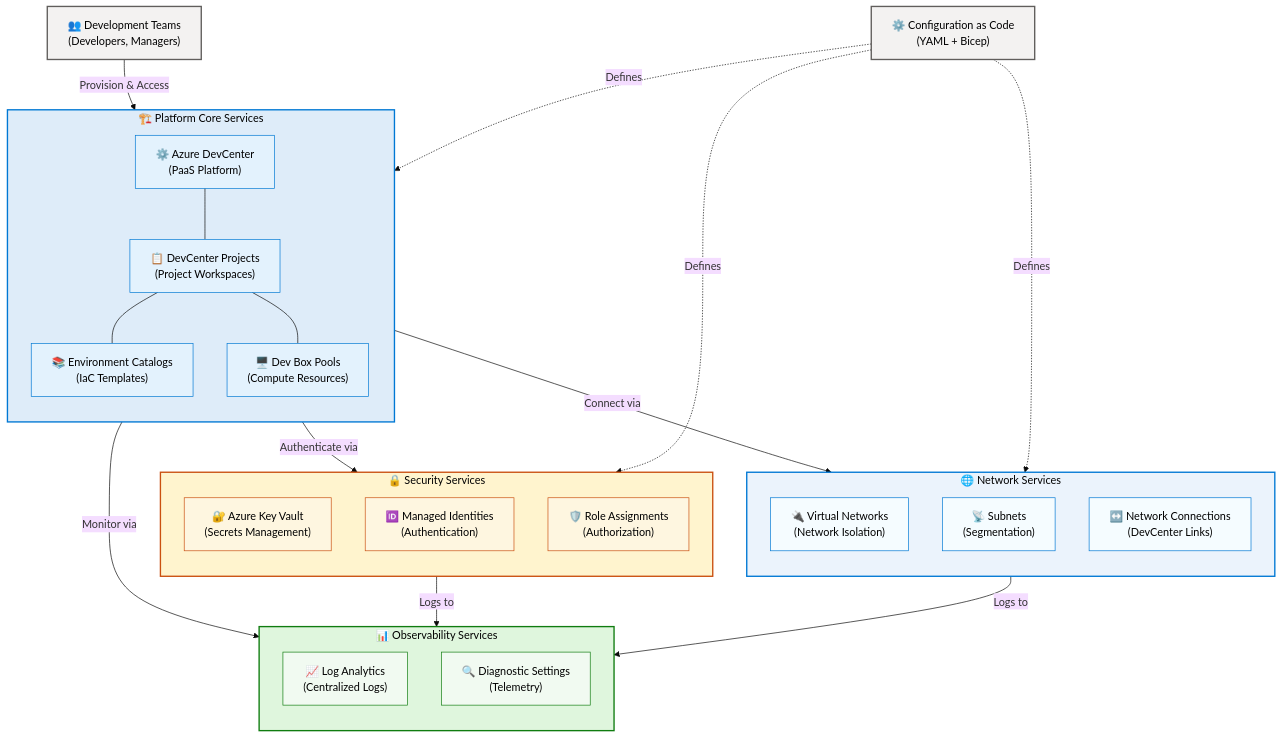
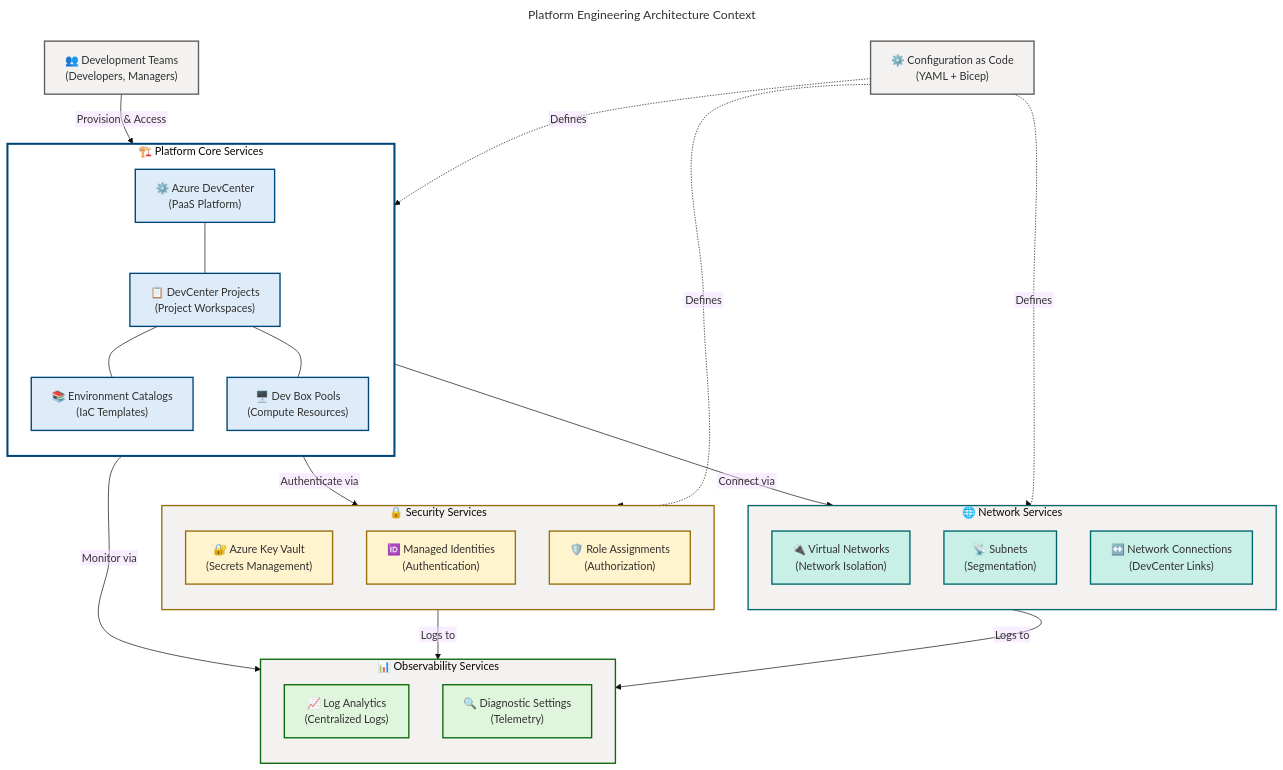
One commit to Evilazaro/DevExp-DevBox changed the first of 4 diagrams in docs/architecture/Platform-Engineering-BDAT.md. Above: the diagram before and after it, drawn with Mermaid. The commit also changed other lines of this file, not shown here.

Commit message:
feat: enhance accessibility and styling of Platform Engineering architecture diagrams for compliance

````diff
--- a/docs/architecture/Platform-Engineering-BDAT.md
+++ b/docs/architecture/Platform-Engineering-BDAT.md
@@ -86,46 +86,66 @@
 ```mermaid
-%%{init: {'theme':'base'}}%%
+---
+title: Platform Engineering Architecture Context
+config:
+  theme: base
+  themeVariables:
+    fontSize: '16px'
+  flowchart:
+    htmlLabels: false
+    curve: cardinal
+    nodeSpacing: 50
+    rankSpacing: 50
+---
 flowchart TB
     accTitle: Platform Engineering Architecture Context
-    accDescr: High-level view of Platform Engineering layer showing core services, security, networking, and monitoring components organized by Azure Landing Zone principles
+    accDescr: High-level view of Platform Engineering layer showing core services, security, networking, and monitoring components organized by Azure Landing Zone principles. WCAG AA compliant.
 
-    %% Developer Interaction Layer
-    DevTeam["👥 Development Teams<br/>(Developers, Managers)"]
+    %% ═══════════════════════════════════════════════════════════════════════════
+    %% AZURE / FLUENT ARCHITECTURE PATTERN v1.1
+    %% (Semantic + Structural + Font + Accessibility Governance)
+    %% ═══════════════════════════════════════════════════════════════════════════
+    %% PHASE 1 - STRUCTURAL: TB direction explicit, 4 subgraphs by function
+    %% PHASE 2 - SEMANTIC: 4 semantic colors with platform layer justification:
+    %%   azureBlue (#DEECF9) = core platform services
+    %%   sharedYellow (#FFF4CE) = security services
+    %%   presenceTeal (#C8F0E7) = network services
+    %%   successGreen (#DFF6DD) = monitoring/observability
+    %% PHASE 3 - FONT: Dark text #323130 on light backgrounds (WCAG AA 4.5:1 contrast)
+    %% PHASE 4 - ACCESSIBILITY: accTitle/accDescr present, all nodes have emoji icons
+    %% PHASE 5 - STANDARD: 4 functional subgraphs with semantic colors
+    %% ═══════════════════════════════════════════════════════════════════════════
 
-    %% Core Platform Services
+    DevTeam["👥 Development Teams<br/>(Developers, Managers)"]:::neutralGrey
+
     subgraph PlatformCore["🏗️ Platform Core Services"]
         direction TB
-        DevCenter["⚙️ Azure DevCenter<br/>(PaaS Platform)"]
-        Projects["📋 DevCenter Projects<br/>(Project Workspaces)"]
-        Catalogs["📚 Environment Catalogs<br/>(IaC Templates)"]
-        Pools["🖥️ Dev Box Pools<br/>(Compute Resources)"]
+        DevCenter["⚙️ Azure DevCenter<br/>(PaaS Platform)"]:::azureBlue
+        Projects["📋 DevCenter Projects<br/>(Project Workspaces)"]:::azureBlue
+        Catalogs["📚 Environment Catalogs<br/>(IaC Templates)"]:::azureBlue
+        Pools["🖥️ Dev Box Pools<br/>(Compute Resources)"]:::azureBlue
     end
 
-    %% Security Layer
     subgraph SecurityLayer["🔒 Security Services"]
         direction TB
-        KeyVault["🔐 Azure Key Vault<br/>(Secrets Management)"]
-        ManagedIdentity["🆔 Managed Identities<br/>(Authentication)"]
-        RBAC["🛡️ Role Assignments<br/>(Authorization)"]
+        KeyVault["🔐 Azure Key Vault<br/>(Secrets Management)"]:::sharedYellow
+        ManagedIdentity["🆔 Managed Identities<br/>(Authentication)"]:::sharedYellow
+        RBAC["🛡️ Role Assignments<br/>(Authorization)"]:::sharedYellow
     end
 
-    %% Networking Layer
     subgraph NetworkLayer["🌐 Network Services"]
         direction TB
-        VNet["🔌 Virtual Networks<br/>(Network Isolation)"]
-        Subnets["📡 Subnets<br/>(Segmentation)"]
-        NetConnection["↔️ Network Connections<br/>(DevCenter Links)"]
+        VNet["🔌 Virtual Networks<br/>(Network Isolation)"]:::presenceTeal
+        Subnets["📡 Subnets<br/>(Segmentation)"]:::presenceTeal
+        NetConnection["↔️ Network Connections<br/>(DevCenter Links)"]:::presenceTeal
     end
 
-    %% Monitoring Layer
     subgraph MonitoringLayer["📊 Observability Services"]
         direction TB
-        LogAnalytics["📈 Log Analytics<br/>(Centralized Logs)"]
-        Diagnostics["🔍 Diagnostic Settings<br/>(Telemetry)"]
+        LogAnalytics["📈 Log Analytics<br/>(Centralized Logs)"]:::successGreen
+        Diagnostics["🔍 Diagnostic Settings<br/>(Telemetry)"]:::successGreen
     end
 
-    %% Configuration Management
-    ConfigMgmt["⚙️ Configuration as Code<br/>(YAML + Bicep)"]
+    ConfigMgmt["⚙️ Configuration as Code<br/>(YAML + Bicep)"]:::neutralGrey
 
     %% Relationships
     DevTeam -->|"Provision & Access"| PlatformCore
@@ -142,28 +162,25 @@
     Projects --- Catalogs
     Projects --- Pools
 
-    %% Styling using AZURE/FLUENT v1.1 with semantic colors
-    style PlatformCore fill:#DEECF9,stroke:#0078D4,stroke-width:2px,color:#000
-    style SecurityLayer fill:#FFF4CE,stroke:#CA5010,stroke-width:2px,color:#000
-    style NetworkLayer fill:#EBF3FC,stroke:#0078D4,stroke-width:2px,color:#000
-    style MonitoringLayer fill:#DFF6DD,stroke:#107C10,stroke-width:2px,color:#000
+    %% Required classDef palette (ALL 14 - MANDATORY per MRM-D002)
+    classDef level1Group fill:#FFFFFF,stroke:#605E5C,stroke-width:3px,color:#323130
+    classDef level2Group fill:#F3F2F1,stroke:#605E5C,stroke-width:2px,color:#323130
+    classDef level3Group fill:#E1DFDD,stroke:#605E5C,stroke-width:2px,color:#323130
+    classDef level4Group fill:#D2D0CE,stroke:#605E5C,stroke-width:1px,color:#323130
+    classDef mainGroup fill:#FFFFFF,stroke:#605E5C,stroke-width:3px,color:#323130
+    classDef subGroup fill:#F3F2F1,stroke:#605E5C,stroke-width:2px,color:#323130
+    classDef azureBlue fill:#DEECF9,stroke:#004578,stroke-width:2px,color:#323130
+    classDef successGreen fill:#DFF6DD,stroke:#0B6A0B,stroke-width:2px,color:#323130
+    classDef errorRed fill:#FDE7E9,stroke:#A4262C,stroke-width:2px,color:#323130
+    classDef sharedYellow fill:#FFF4CE,stroke:#986F0B,stroke-width:2px,color:#323130
+    classDef warningOrange fill:#FDE7E9,stroke:#8A3707,stroke-width:2px,color:#323130
+    classDef neutralPurple fill:#E1DFDD,stroke:#5B5FC7,stroke-width:2px,color:#323130
+    classDef presenceTeal fill:#C8F0E7,stroke:#00666B,stroke-width:2px,color:#323130
+    classDef neutralGrey fill:#F3F2F1,stroke:#605E5C,stroke-width:2px,color:#323130
 
-    style DevCenter fill:#E3F2FD,stroke:#0078D4,stroke-width:1px,color:#000
-    style Projects fill:#E3F2FD,stroke:#0078D4,stroke-width:1px,color:#000
-    style Catalogs fill:#E3F2FD,stroke:#0078D4,stroke-width:1px,color:#000
-    style Pools fill:#E3F2FD,stroke:#0078D4,stroke-width:1px,color:#000
-
-    style KeyVault fill:#FEF6E0,stroke:#CA5010,stroke-width:1px,color:#000
-    style ManagedIdentity fill:#FEF6E0,stroke:#CA5010,stroke-width:1px,color:#000
-    style RBAC fill:#FEF6E0,stroke:#CA5010,stroke-width:1px,color:#000
-
-    style VNet fill:#F5FCFF,stroke:#0078D4,stroke-width:1px,color:#000
-    style Subnets fill:#F5FCFF,stroke:#0078D4,stroke-width:1px,color:#000
-    style NetConnection fill:#F5FCFF,stroke:#0078D4,stroke-width:1px,color:#000
-
-    style LogAnalytics fill:#F1FAF1,stroke:#107C10,stroke-width:1px,color:#000
-    style Diagnostics fill:#F1FAF1,stroke:#107C10,stroke-width:1px,color:#000
-
-    style DevTeam fill:#F3F2F1,stroke:#605E5C,stroke-width:2px,color:#000
-    style ConfigMgmt fill:#F3F2F1,stroke:#605E5C,stroke-width:2px,color:#000
+    %% Subgraph styling (4 subgraphs = 4 style directives) - MANDATORY per GATE-2
+    style PlatformCore fill:#FFFFFF,stroke:#004578,stroke-width:3px
+    style SecurityLayer fill:#F3F2F1,stroke:#986F0B,stroke-width:2px
+    style NetworkLayer fill:#F3F2F1,stroke:#00666B,stroke-width:2px
+    style MonitoringLayer fill:#F3F2F1,stroke:#0B6A0B,stroke-width:2px
 ```
````
